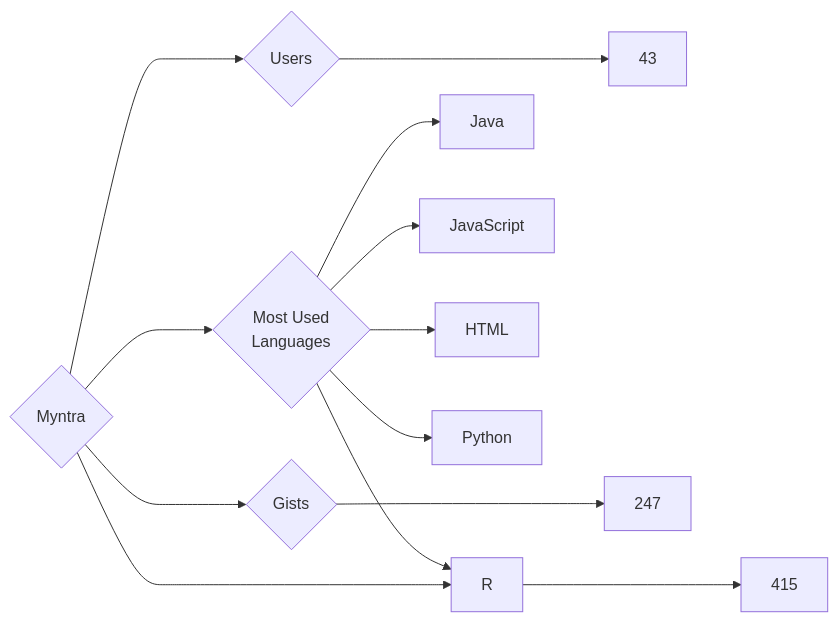
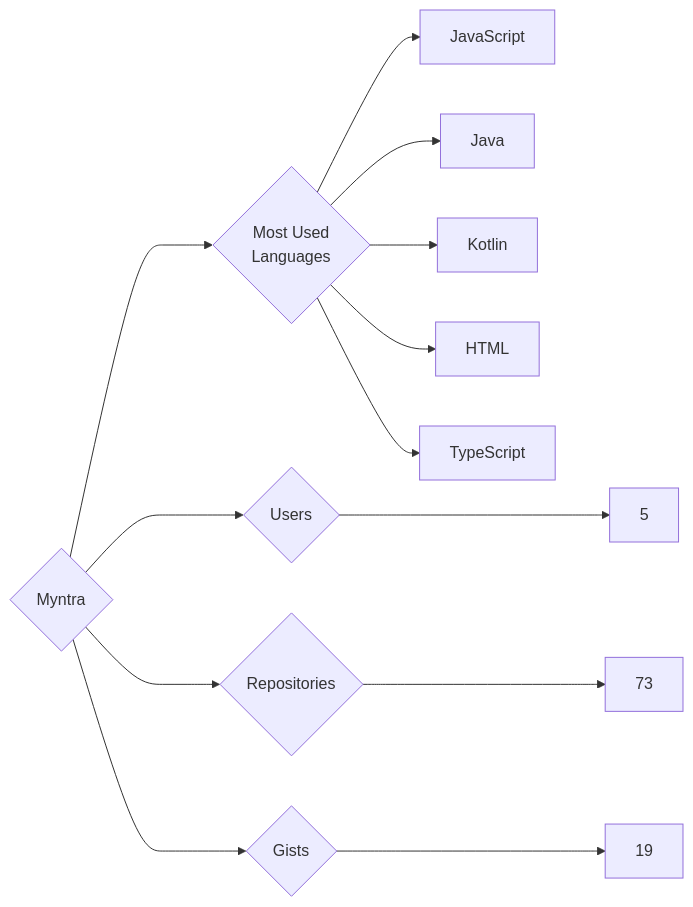
One commit to trickest/insiders changed the diagram in targets/Myntra/README.md. Above: the diagram before and after it, drawn with Mermaid. The commit also changed 787 other files, not shown here.

````diff
--- a/targets/Myntra/README.md
+++ b/targets/Myntra/README.md
@@ -3,13 +3,13 @@
 ```mermaid
 graph LR
 COMPANY_NAME{Myntra}
-COMPANY_NAME ---> U{Users} ---> UN[43]
-COMPANY_NAME ---> R{Repositories} ---> RN[415]
-COMPANY_NAME ---> G{Gists} ---> GN[247]
+COMPANY_NAME ---> U{Users} ---> UN[5]
+COMPANY_NAME ---> R{Repositories} ---> RN[73]
+COMPANY_NAME ---> G{Gists} ---> GN[19]
 COMPANY_NAME ---> ML{Most Used<br>Languages}
+ML --> JavaScript[JavaScript]
 ML --> Java[Java]
-ML --> JavaScript[JavaScript]
+ML --> Kotlin[Kotlin]
 ML --> HTML[HTML]
-ML --> R[R]
-ML --> Python[Python]
+ML --> TypeScript[TypeScript]
 ```
````
